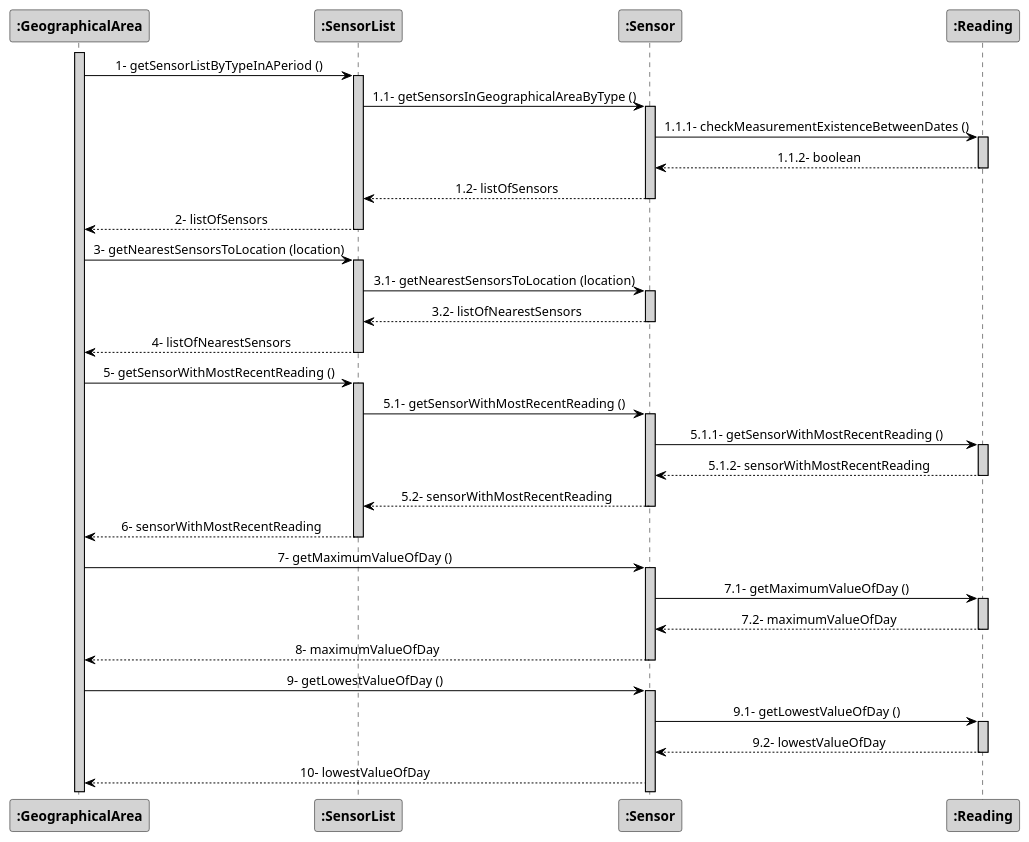
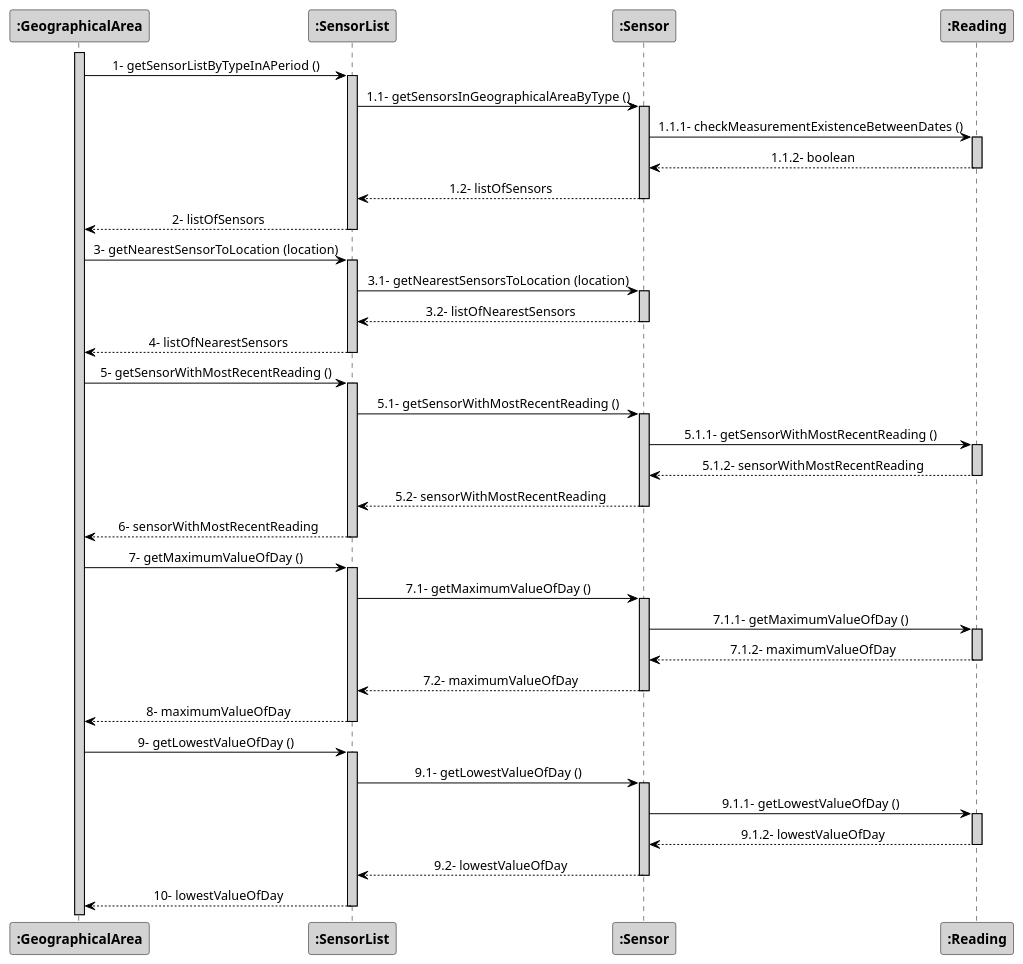
The diagram in src/main/java/pt/ipp/isep/dei/project/controllers/getDayWithHighestTemperatureAmplitudeController/SD_ref_getDayWithHighestTemperatureAmplitude.puml (1181687/hateoasToy), drawn with PlantUML before and after one commit. The commit also changed 5 other files, not shown here.

Commit message:
Added Tests to GeographicalAreaDTO and update to CD diagrams

```diff
--- a/src/main/java/pt/ipp/isep/dei/project/controllers/getDayWithHighestTemperatureAmplitudeController/SD_ref_getDayWithHighestTemperatureAmplitude.puml
+++ b/src/main/java/pt/ipp/isep/dei/project/controllers/getDayWithHighestTemperatureAmplitudeController/SD_ref_getDayWithHighestTemperatureAmplitude.puml
@@ -1,71 +1,79 @@
 @startuml
 skinparam sequenceMessageAlign center
 skinparam sequence {
 	ArrowColor Black
 	ActorBorderColor DarkBlue
 	LifeLineBorderColor black
 	LifeLineBackgroundColor LightGrey
 
 	ParticipantBorderColor Black
 	ParticipantBackgroundColor LightGrey
 	ParticipantFontStyle Bold
 
 	ActorBackgroundColor DimGrey
 	ActorFontColor DeepSkyBlue
 	ActorFontStyle Bold
 	ActorFontSize 17
 	ActorFontName Aapex
 }
 
 activate ":GeographicalArea"
 ":GeographicalArea" -> ":SensorList": 1- getSensorListByTypeInAPeriod ()
 activate ":SensorList"
 ":SensorList" -> ":Sensor": 1.1- getSensorsInGeographicalAreaByType ()
 activate ":Sensor"
 ":Sensor" -> ":Reading": 1.1.1- checkMeasurementExistenceBetweenDates ()
 activate ":Reading"
 ":Sensor" <-- ":Reading": 1.1.2- boolean
 deactivate ":Reading"
 ":SensorList" <-- ":Sensor": 1.2- listOfSensors
 deactivate ":Sensor"
 ":GeographicalArea" <-- ":SensorList": 2- listOfSensors
 deactivate ":SensorList"
-":GeographicalArea" -> ":SensorList": 3- getNearestSensorsToLocation (location)
+":GeographicalArea" -> ":SensorList": 3- getNearestSensorToLocation (location)
 activate ":SensorList"
 ":SensorList" -> ":Sensor": 3.1- getNearestSensorsToLocation (location)
 activate ":Sensor"
 ":SensorList" <-- ":Sensor": 3.2- listOfNearestSensors
 deactivate ":Sensor"
 ":GeographicalArea" <-- ":SensorList": 4- listOfNearestSensors
 deactivate ":SensorList"
 ":GeographicalArea" -> ":SensorList": 5- getSensorWithMostRecentReading ()
 activate ":SensorList"
 ":SensorList" -> ":Sensor": 5.1- getSensorWithMostRecentReading ()
 activate ":Sensor"
 ":Sensor" -> ":Reading": 5.1.1- getSensorWithMostRecentReading ()
 activate ":Reading"
 ":Sensor" <-- ":Reading": 5.1.2- sensorWithMostRecentReading
 deactivate ":Reading"
 ":SensorList" <-- ":Sensor": 5.2- sensorWithMostRecentReading
 deactivate ":Sensor"
 ":GeographicalArea" <-- ":SensorList": 6- sensorWithMostRecentReading
 deactivate ":SensorList"
-":GeographicalArea" -> ":Sensor": 7- getMaximumValueOfDay ()
+":GeographicalArea" -> ":SensorList": 7- getMaximumValueOfDay ()
+activate ":SensorList"
+":SensorList" -> ":Sensor": 7.1- getMaximumValueOfDay ()
 activate ":Sensor"
-":Sensor" -> ":Reading": 7.1- getMaximumValueOfDay ()
+
+":Sensor" -> ":Reading": 7.1.1- getMaximumValueOfDay ()
 activate ":Reading"
-":Sensor" <-- ":Reading": 7.2- maximumValueOfDay
+":Sensor" <-- ":Reading": 7.1.2- maximumValueOfDay
 deactivate ":Reading"
-":GeographicalArea" <-- ":Sensor": 8- maximumValueOfDay
+":SensorList" <-- ":Sensor": 7.2- maximumValueOfDay
 deactivate ":Sensor"
-":GeographicalArea" -> ":Sensor": 9- getLowestValueOfDay ()
+":GeographicalArea" <-- ":SensorList": 8- maximumValueOfDay
+deactivate ":SensorList"
+":GeographicalArea" -> ":SensorList": 9- getLowestValueOfDay ()
+activate ":SensorList"
+":SensorList" -> ":Sensor": 9.1- getLowestValueOfDay ()
 activate ":Sensor"
-":Sensor" -> ":Reading": 9.1- getLowestValueOfDay ()
+":Sensor" -> ":Reading": 9.1.1- getLowestValueOfDay ()
 activate ":Reading"
-":Sensor" <-- ":Reading": 9.2- lowestValueOfDay
+":Sensor" <-- ":Reading": 9.1.2- lowestValueOfDay
 deactivate ":Reading"
-":GeographicalArea" <-- ":Sensor": 10- lowestValueOfDay
-
-
+":SensorList" <-- ":Sensor": 9.2- lowestValueOfDay
+deactivate ":Sensor"
+":GeographicalArea" <-- ":SensorList": 10- lowestValueOfDay
+deactivate ":SensorList"
 
 @enduml
```
